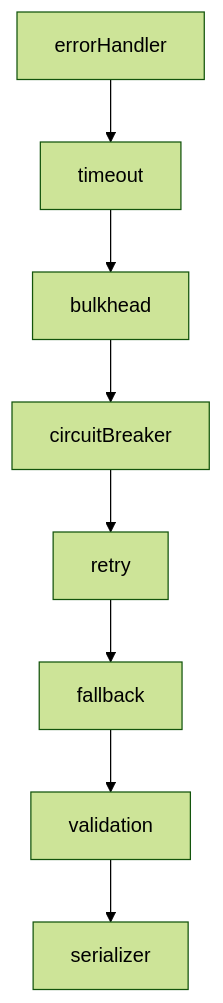
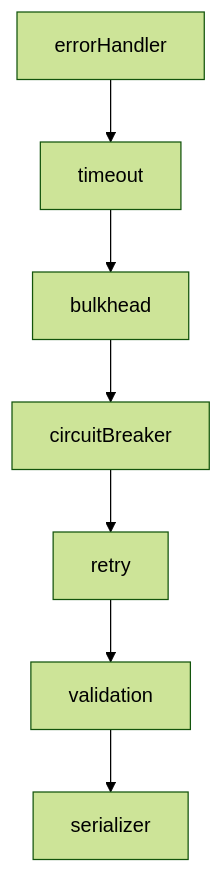
The first of 2 diagrams in en/contributing/adr/006-resilience-pattern-implementation.md (Connectum-Framework/docs), drawn with Mermaid (forest theme) before and after one commit. The commit also changed other lines of this file and 674 other files, not shown here.

````diff
--- a/en/contributing/adr/006-resilience-pattern-implementation.md
+++ b/en/contributing/adr/006-resilience-pattern-implementation.md
@@ -35,10 +35,9 @@
 ```mermaid
 flowchart TD
     Error[errorHandler] --> Timeout[timeout]
     Timeout --> Bulkhead[bulkhead]
     Bulkhead --> Breaker[circuitBreaker]
     Breaker --> Retry[retry]
-    Retry --> Fallback[fallback]
-    Fallback --> Validation[validation]
+    Retry --> Validation[validation]
     Validation --> Serializer[serializer]
 ```
````
